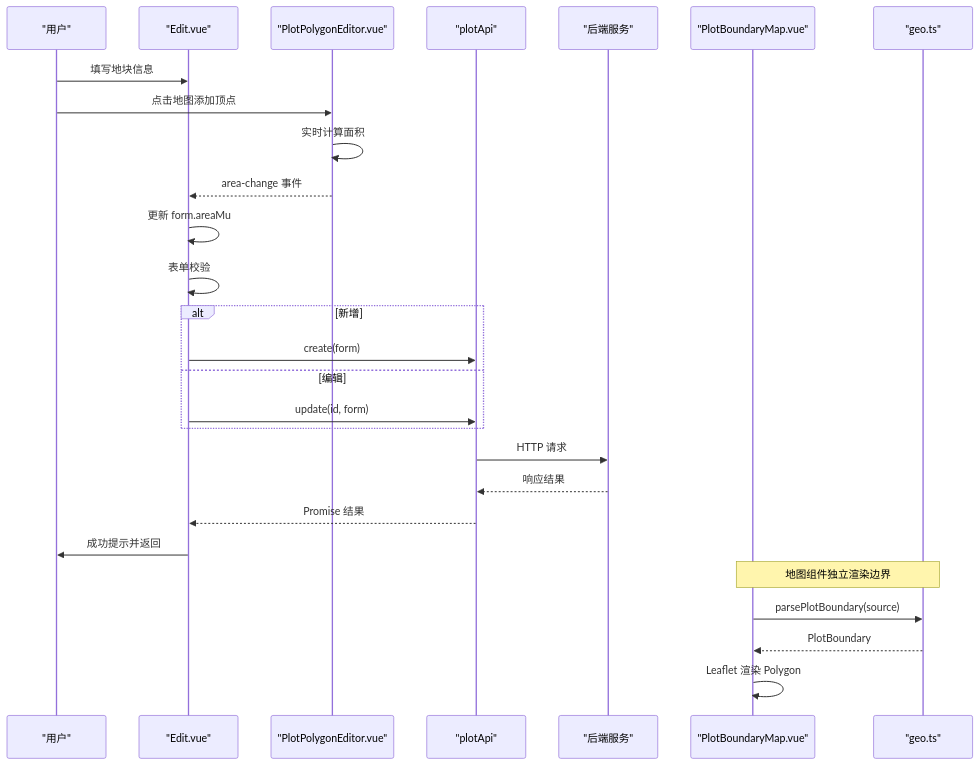
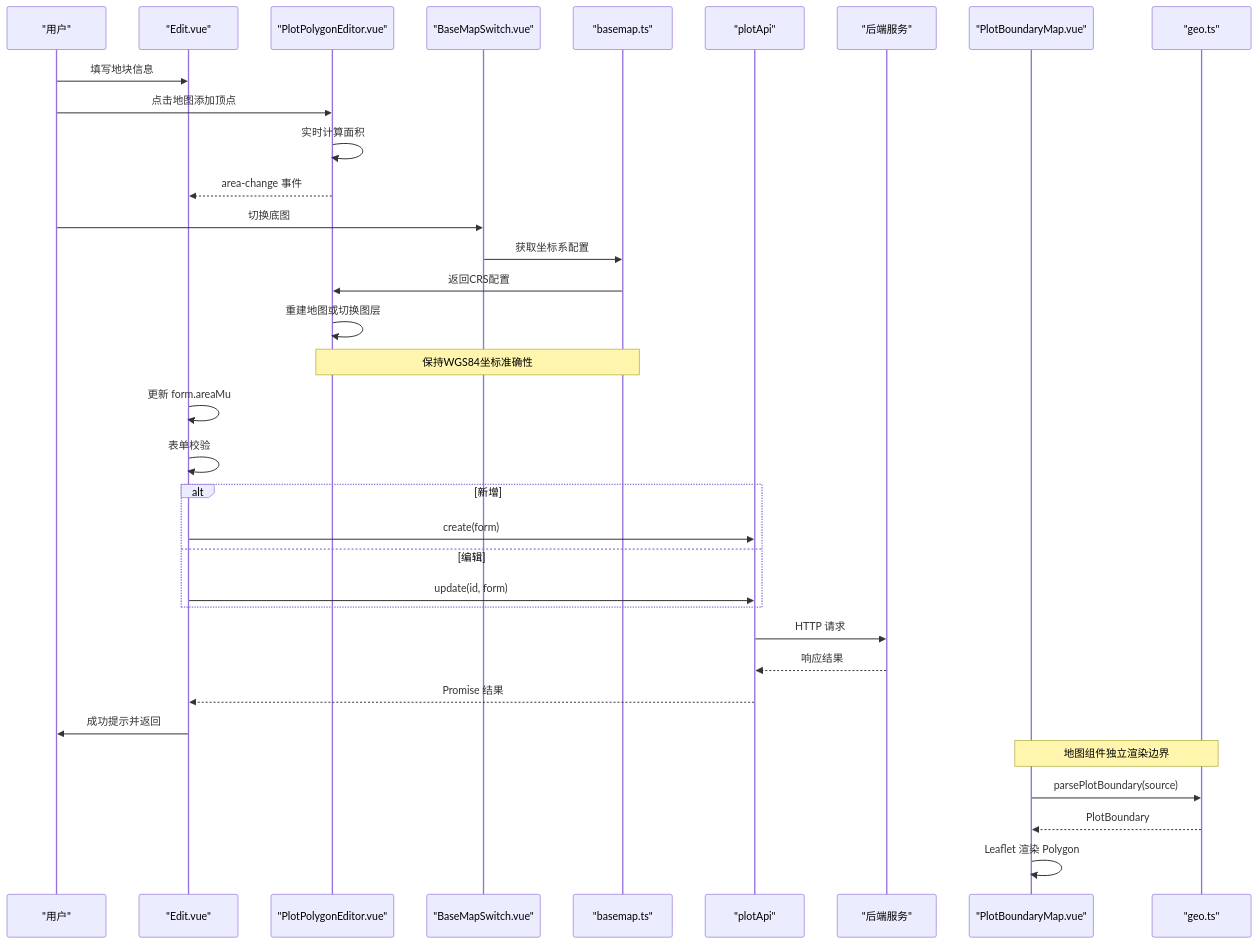
One commit to q446328246/agri-platform changed the second of 9 diagrams in .qoder/repowiki/zh/content/前端应用文档/核心页面/地块管理页面/地块编辑页面.md. Above: the diagram before and after it, drawn with Mermaid. The commit also changed other lines of this file and 48 other files, not shown here.

````diff
--- a/.qoder/repowiki/zh/content/前端应用文档/核心页面/地块管理页面/地块编辑页面.md
+++ b/.qoder/repowiki/zh/content/前端应用文档/核心页面/地块管理页面/地块编辑页面.md
@@ -120,29 +147,36 @@
 ```mermaid
 sequenceDiagram
 participant U as "用户"
 participant E as "Edit.vue"
 participant P as "PlotPolygonEditor.vue"
+participant B as "BaseMapSwitch.vue"
+participant BM as "basemap.ts"
 participant A as "plotApi"
 participant S as "后端服务"
 participant M as "PlotBoundaryMap.vue"
 participant G as "geo.ts"
 U->>E : 填写地块信息
 U->>P : 点击地图添加顶点
 P->>P : 实时计算面积
 P-->>E : area-change 事件
+U->>B : 切换底图
+B->>BM : 获取坐标系配置
+BM->>P : 返回CRS配置
+P->>P : 重建地图或切换图层
+Note over P,BM : 保持WGS84坐标准确性
 E->>E : 更新 form.areaMu
 E->>E : 表单校验
 alt 新增
 E->>A : create(form)
 else 编辑
 E->>A : update(id, form)
 end
 A->>S : HTTP 请求
 S-->>A : 响应结果
 A-->>E : Promise 结果
 E->>U : 成功提示并返回
 Note over M,G : 地图组件独立渲染边界
 M->>G : parsePlotBoundary(source)
 G-->>M : PlotBoundary
 M->>M : Leaflet 渲染 Polygon
 ```
````
